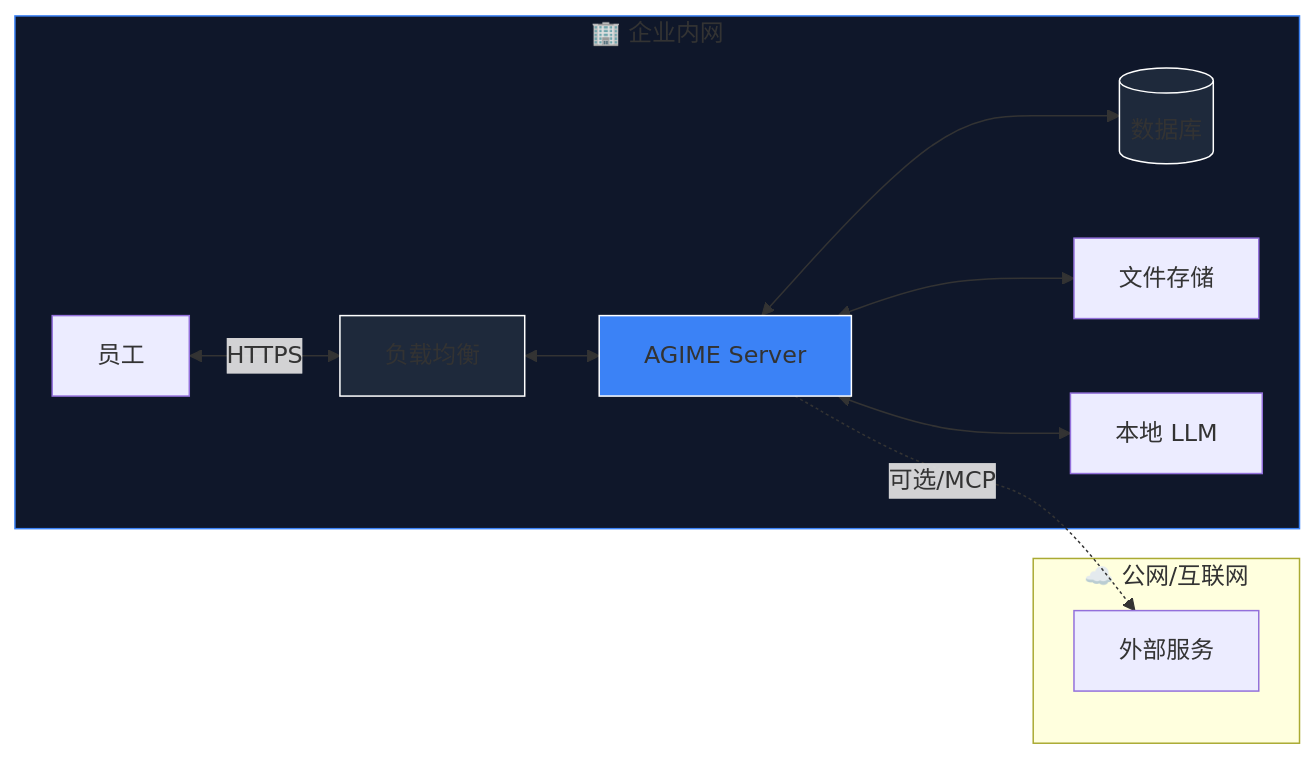
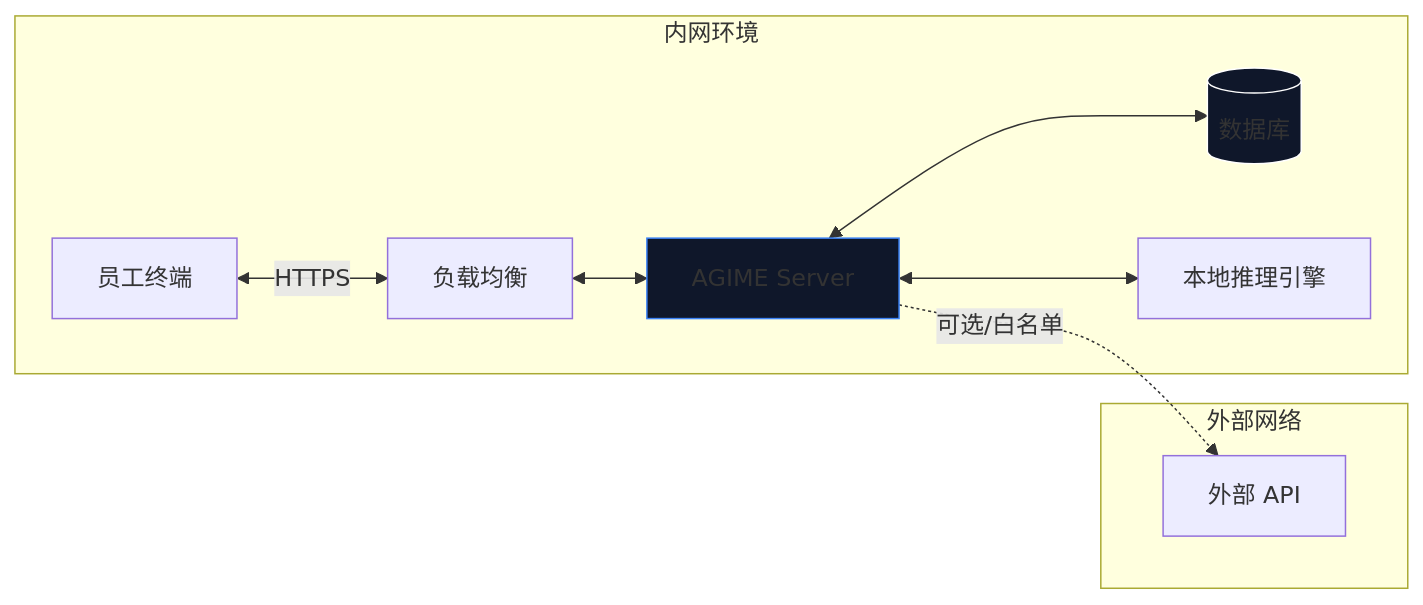
One commit to jsjm1986/AGIME changed the second of 2 diagrams in docs/product/ENTERPRISE.md. Above: the diagram before and after it, drawn with Mermaid. The commit also changed other lines of this file and 3 other files, not shown here.

```diff
--- a/docs/product/ENTERPRISE.md
+++ b/docs/product/ENTERPRISE.md
@@ -185,21 +68,15 @@
 <div class="mermaid">
 graph LR
-    subgraph INT[🏢 企业内网]
-        U[员工] <-->|HTTPS| LB[负载均衡]
+    subgraph 内网环境
+        U[员工终端] <-->|HTTPS| LB[负载均衡]
         LB <--> API[AGIME Server]
         API <--> DB[(数据库)]
-        API <--> FS[文件存储]
-        API <--> LLM[本地 LLM]
-        
-        style INT fill:#0f172a,stroke:#3b82f6
+        API <--> LLM[本地推理引擎]
     end
-    
-    subgraph PUB[☁️ 公网/互联网]
-        EXT[外部服务]
-        API -.->|可选/MCP| EXT
+    subgraph 外部网络
+        EXT[外部 API]
+        API -.->|可选/白名单| EXT
     end
-    
-    style LB fill:#1e293b,stroke:#fff
-    style API fill:#3b82f6,stroke:#fff
-    style DB fill:#1e293b,stroke:#fff
+    style API fill:#0f172a,stroke:#3b82f6
+    style DB fill:#0f172a,stroke:#fff
 </div>
```
